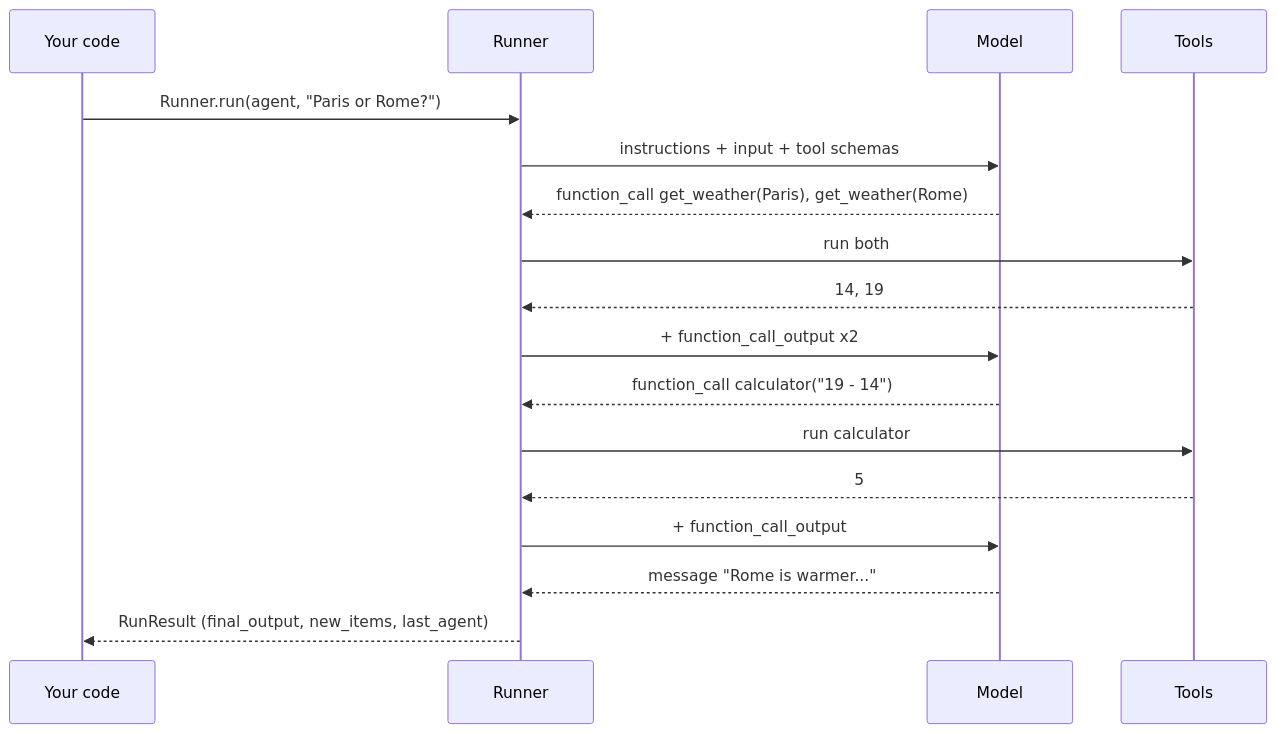
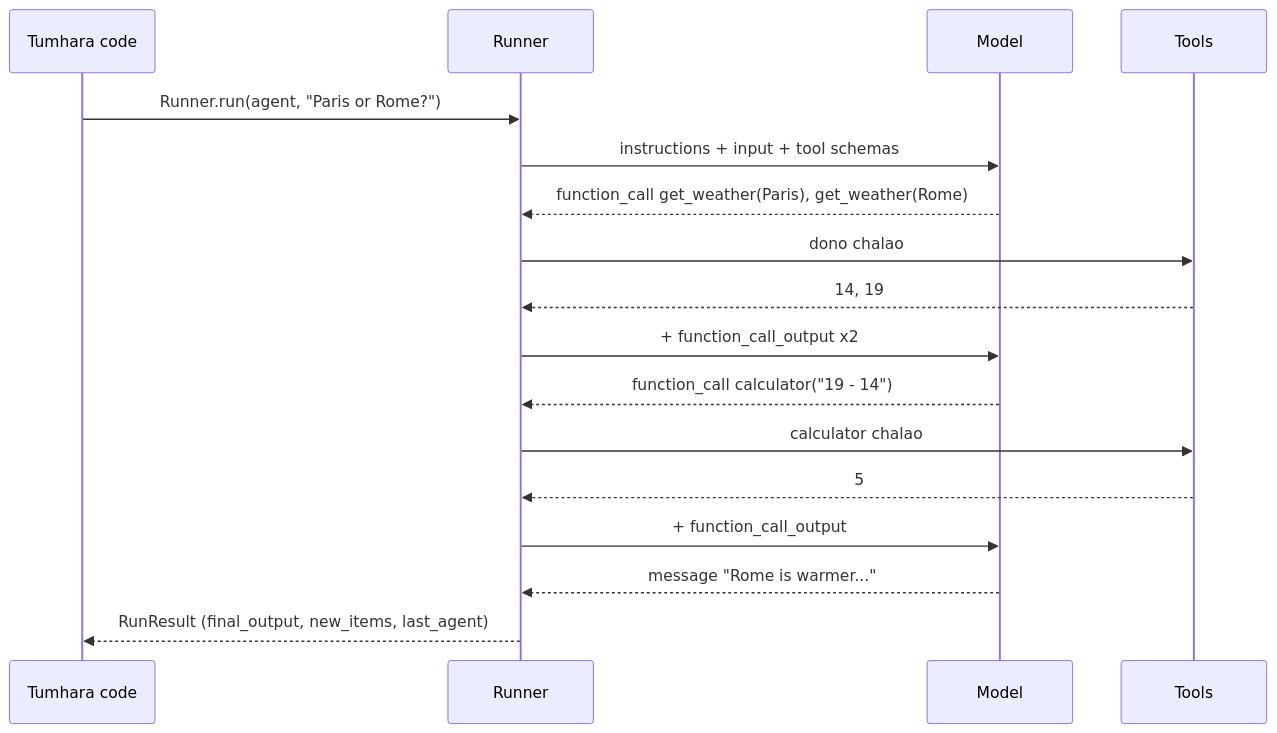
The diagram in docs/11-frameworks/11.5-openai-agents-sdk.md (asmustechno/agentic-ai-notes), drawn with Mermaid before and after one commit. The commit also changed other lines of this file and 135 other files, not shown here.

````diff
--- a/docs/11-frameworks/11.5-openai-agents-sdk.md
+++ b/docs/11-frameworks/11.5-openai-agents-sdk.md
@@ -50,19 +54,19 @@
 ```mermaid
 sequenceDiagram
-    participant U as Your code
+    participant U as Tumhara code
     participant R as Runner
     participant M as Model
     participant T as Tools
     U->>R: Runner.run(agent, "Paris or Rome?")
     R->>M: instructions + input + tool schemas
     M-->>R: function_call get_weather(Paris), get_weather(Rome)
-    R->>T: run both
+    R->>T: dono chalao
     T-->>R: 14, 19
     R->>M: + function_call_output x2
     M-->>R: function_call calculator("19 - 14")
-    R->>T: run calculator
+    R->>T: calculator chalao
     T-->>R: 5
     R->>M: + function_call_output
     M-->>R: message "Rome is warmer..."
     R-->>U: RunResult (final_output, new_items, last_agent)
 ```
````
